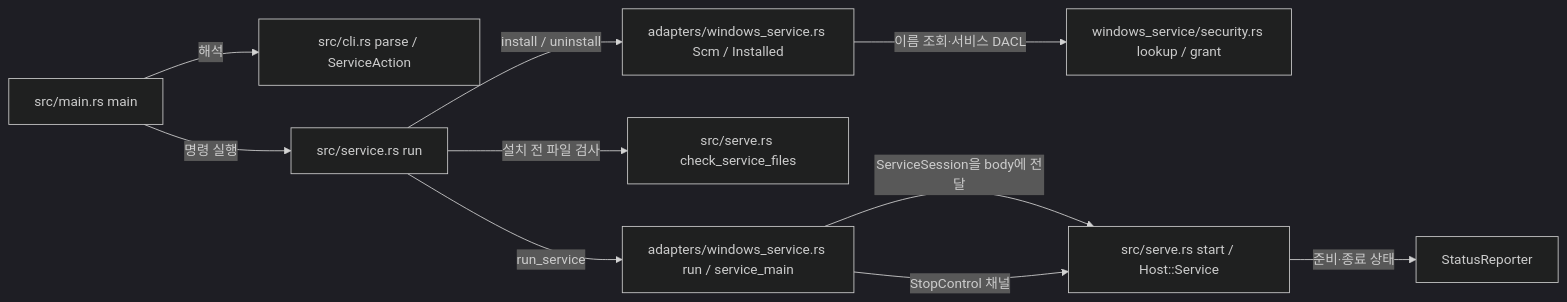
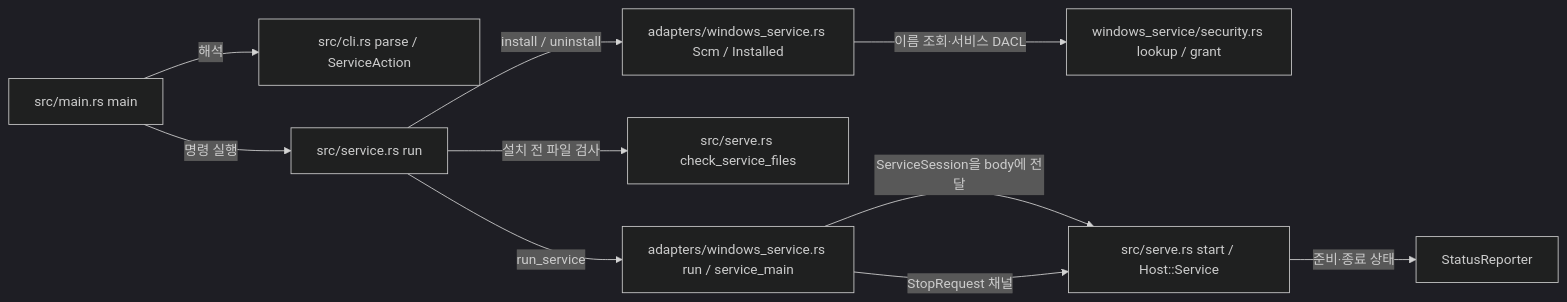
Before and after one commit to kayden-kim/vnc-relay: the diagram in docs/architectures/windows-service.md, drawn with Mermaid (dark theme). The commit also changed other lines of this file and 203 other files, not shown here.

````diff
--- a/docs/architectures/windows-service.md
+++ b/docs/architectures/windows-service.md
@@ -30,12 +30,12 @@
 ```mermaid
 flowchart LR
     MAIN["src/main.rs main"] -->|"해석"| CLI["src/cli.rs parse / ServiceAction"]
     MAIN -->|"명령 실행"| SERVICE["src/service.rs run"]
     SERVICE -->|"install / uninstall"| SCM["adapters/windows_service.rs Scm / Installed"]
     SERVICE -->|"설치 전 파일 검사"| CHECK["src/serve.rs check_service_files"]
     SCM -->|"이름 조회·서비스 DACL"| SECURITY["windows_service/security.rs lookup / grant"]
     SERVICE -->|"run_service"| DISPATCH["adapters/windows_service.rs run / service_main"]
     DISPATCH -->|"ServiceSession을 body에 전달"| START["src/serve.rs start / Host::Service"]
     START -->|"준비·종료 상태"| STATUS["StatusReporter"]
-    DISPATCH -->|"StopControl 채널"| START
+    DISPATCH -->|"StopRequest 채널"| START
 ```
````
